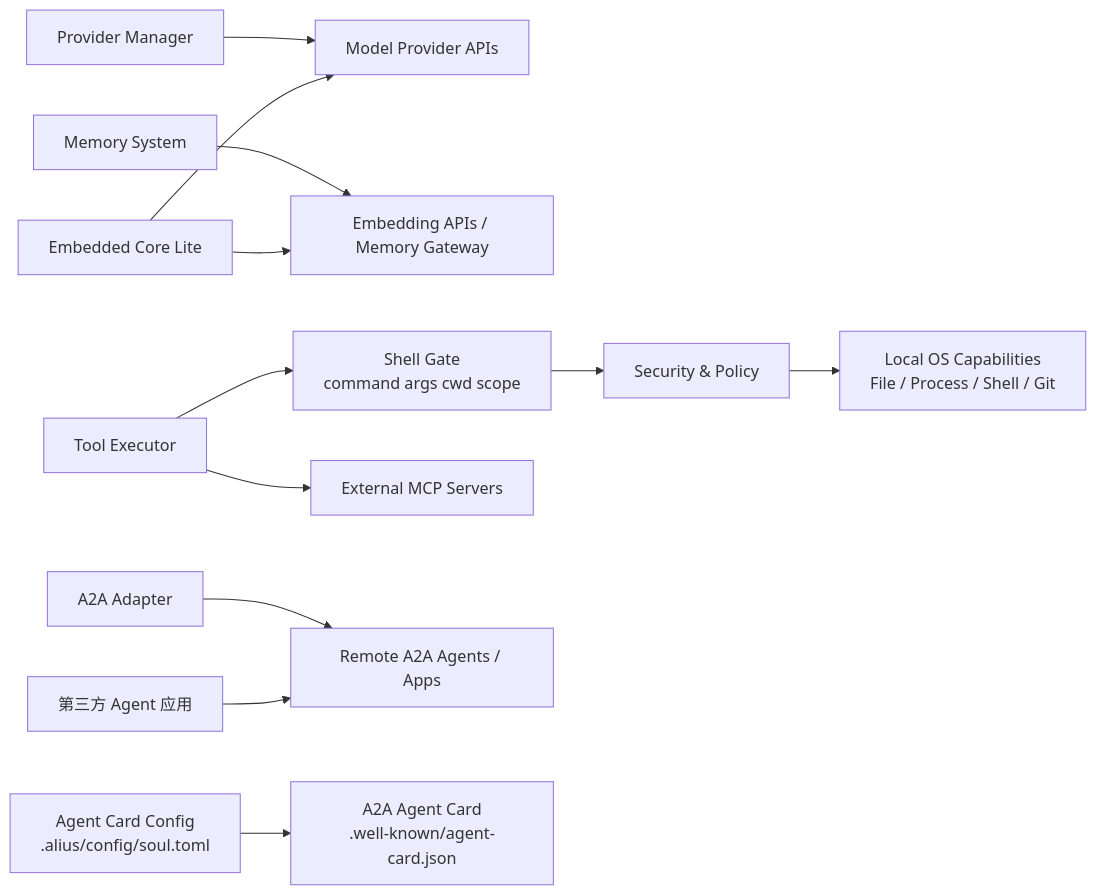
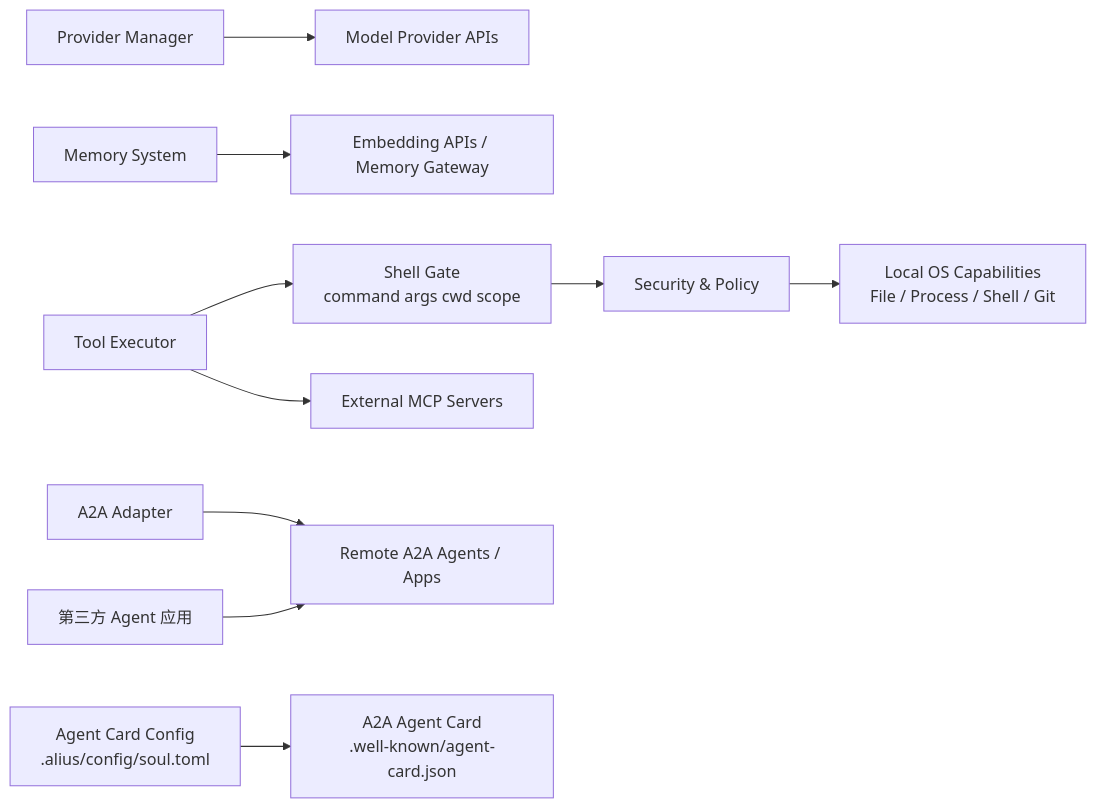
One commit to AliusTech/alius changed the seventh of 9 diagrams in .alius/memory/design/09-architecture-v10-implementation-reference.md. Above: the diagram before and after it, drawn with Mermaid. The commit also changed other lines of this file and 44 other files, not shown here.

````diff
--- a/.alius/memory/design/09-architecture-v10-implementation-reference.md
+++ b/.alius/memory/design/09-architecture-v10-implementation-reference.md
@@ -325,14 +289,12 @@
 ```mermaid
 flowchart LR
   PROVIDER["Provider Manager"] --> MODEL_API["Model Provider APIs"]
   MEMORY["Memory System"] --> EMBED_API["Embedding APIs / Memory Gateway"]
   TOOL["Tool Executor"] --> SHELL["Shell Gate\ncommand args cwd scope"]
   SHELL --> SECURITY["Security & Policy"]
   SECURITY --> OS["Local OS Capabilities\nFile / Process / Shell / Git"]
   TOOL --> MCP["External MCP Servers"]
   A2A["A2A Adapter"] --> REMOTE["Remote A2A Agents / Apps"]
   THIRD["第三方 Agent 应用"] --> REMOTE
   CARD_DATA["Agent Card Config\n.alius/config/soul.toml"] --> CARD_EXPORT["A2A Agent Card\n.well-known/agent-card.json"]
-  LITE["Embedded Core Lite"] --> MODEL_API
-  LITE --> EMBED_API
 ```
````
